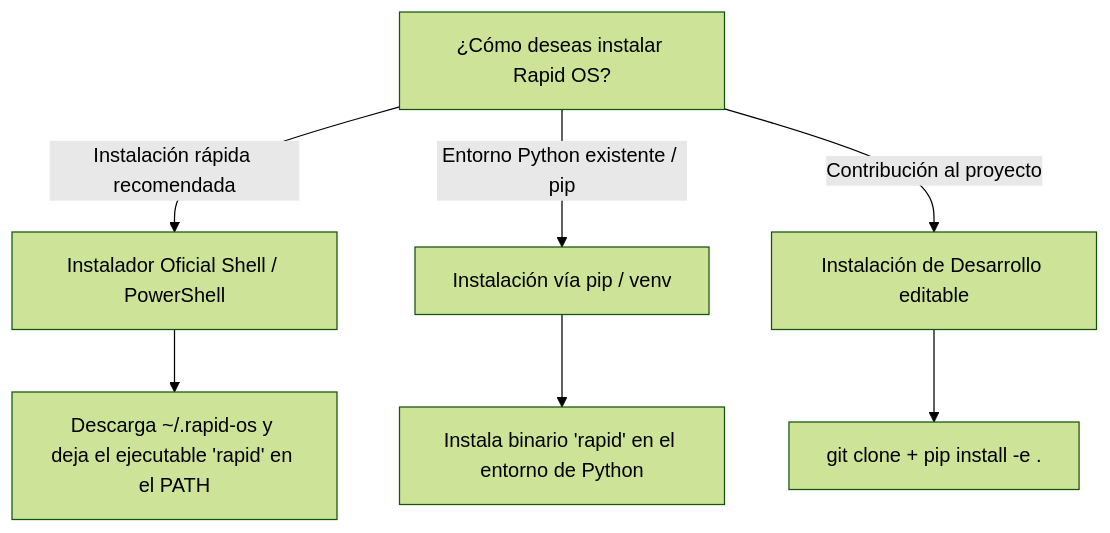
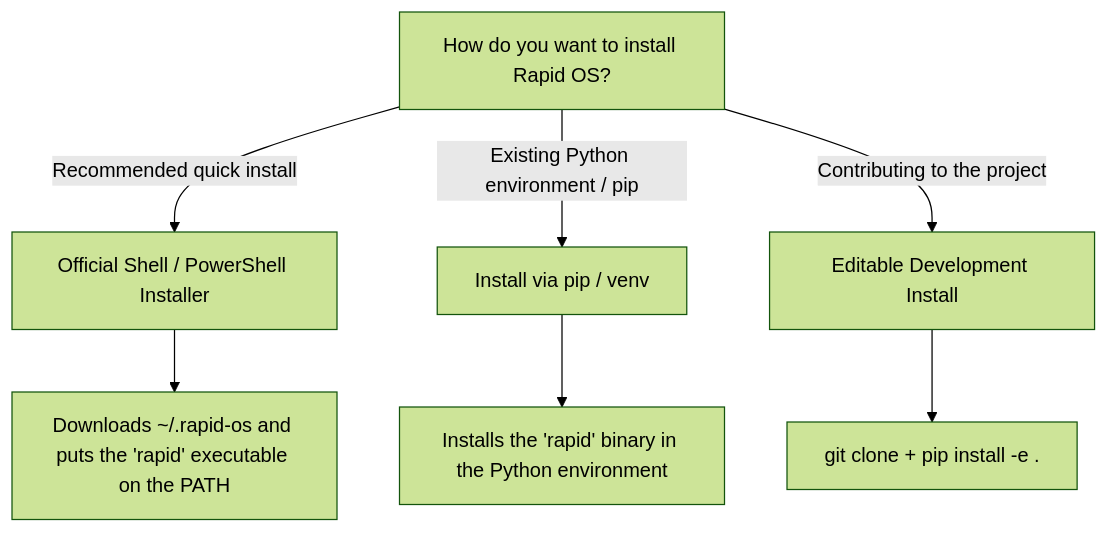
Before and after one commit to alyconr/Rapid-OS: the diagram in docs/installation/index.md, drawn with Mermaid (forest theme). The commit also changed other lines of this file and 81 other files, not shown here.

````diff
--- a/docs/installation/index.md
+++ b/docs/installation/index.md
@@ -16,10 +16,10 @@
 ```mermaid
 flowchart TD
-    A[¿Cómo deseas instalar Rapid OS?] -->|Instalación rápida recomendada| B[Instalador Oficial Shell / PowerShell]
-    A -->|Entorno Python existente / pip| C[Instalación vía pip / venv]
-    A -->|Contribución al proyecto| D[Instalación de Desarrollo editable]
+    A[How do you want to install Rapid OS?] -->|Recommended quick install| B[Official Shell / PowerShell Installer]
+    A -->|Existing Python environment / pip| C[Install via pip / venv]
+    A -->|Contributing to the project| D[Editable Development Install]
 
-    B --> E[Descarga ~/.rapid-os y deja el ejecutable 'rapid' en el PATH]
-    C --> F[Instala binario 'rapid' en el entorno de Python]
+    B --> E[Downloads ~/.rapid-os and puts the 'rapid' executable on the PATH]
+    C --> F[Installs the 'rapid' binary in the Python environment]
     D --> G[git clone + pip install -e .]
 ```
````
